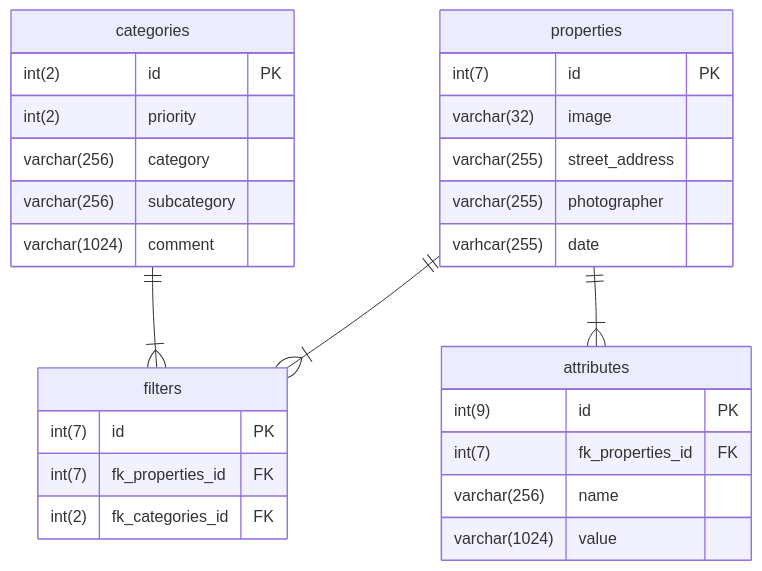
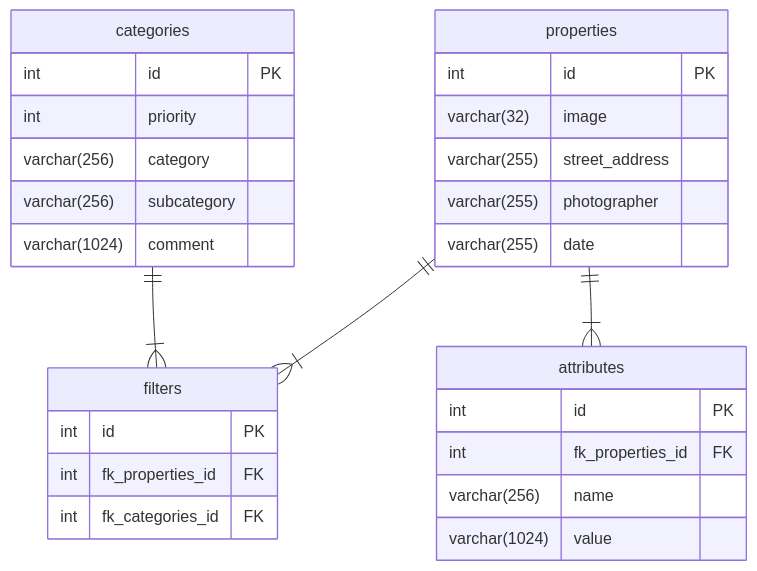
The diagram in README.md (petersm3/browser-rewrite), drawn with Mermaid before and after one commit.

Commit message:
Fix database schema in README: remove MySQL 5.x int display widths, fix typo
MySQL 8 removed integer display widths. Also fix varhcar → varchar typo
in properties.date field.

````diff
--- a/README.md
+++ b/README.md
@@ -52,31 +52,31 @@
 ```mermaid
 erDiagram
     categories {
-        int(2) id PK
-        int(2) priority
+        int id PK
+        int priority
         varchar(256) category
         varchar(256) subcategory
         varchar(1024) comment
     }
     filters {
-        int(7) id PK
-        int(7) fk_properties_id FK
-        int(2) fk_categories_id FK
+        int id PK
+        int fk_properties_id FK
+        int fk_categories_id FK
     }
     properties {
-        int(7) id PK
+        int id PK
         varchar(32) image
         varchar(255) street_address
         varchar(255) photographer
-        varhcar(255) date
+        varchar(255) date
     }
     attributes {
-        int(9) id PK
-        int(7) fk_properties_id FK
+        int id PK
+        int fk_properties_id FK
         varchar(256) name
         varchar(1024) value
     }
     categories ||--|{ filters : ""
     properties ||--|{ filters : ""
     properties ||--|{ attributes : ""
 ```
````
